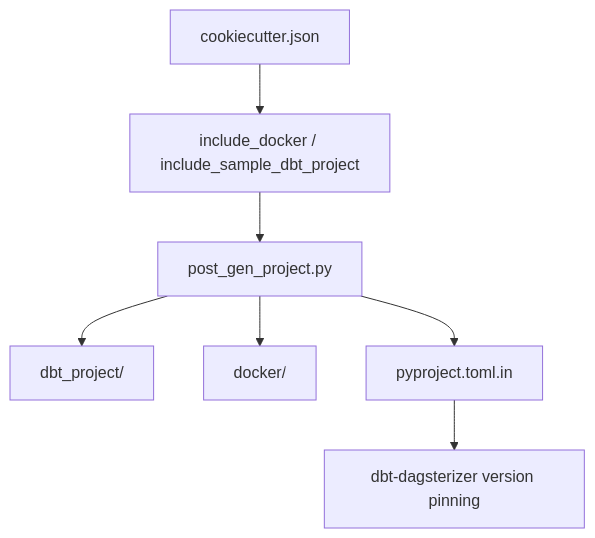
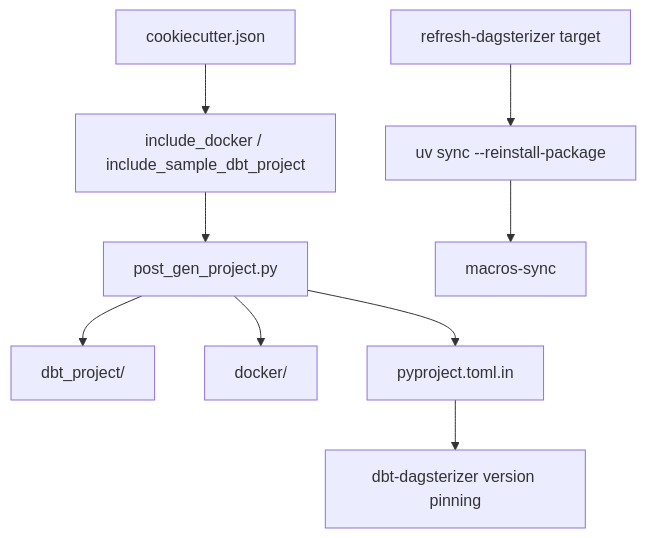
Before and after one commit to metasync/dbt-dagsterizer: the sixth of 6 diagrams in .qoder/repowiki/en/content/Template System/Template System.md, drawn with Mermaid. The commit also changed other lines of this file and 32 other files, not shown here.

````diff
--- a/.qoder/repowiki/en/content/Template System/Template System.md
+++ b/.qoder/repowiki/en/content/Template System/Template System.md
@@ -286,9 +300,11 @@
 ```mermaid
 graph TB
 Vars["cookiecutter.json"] --> Flags["include_docker / include_sample_dbt_project"]
 Flags --> Post["post_gen_project.py"]
 Post --> DBT["dbt_project/"]
 Post --> DKR["docker/"]
 Post --> PY["pyproject.toml.in"]
 PY --> Pinned["dbt-dagsterizer version pinning"]
+Refresh["refresh-dagsterizer target"] --> UV["uv sync --reinstall-package"]
+UV --> Macros["macros-sync"]
 ```
````
